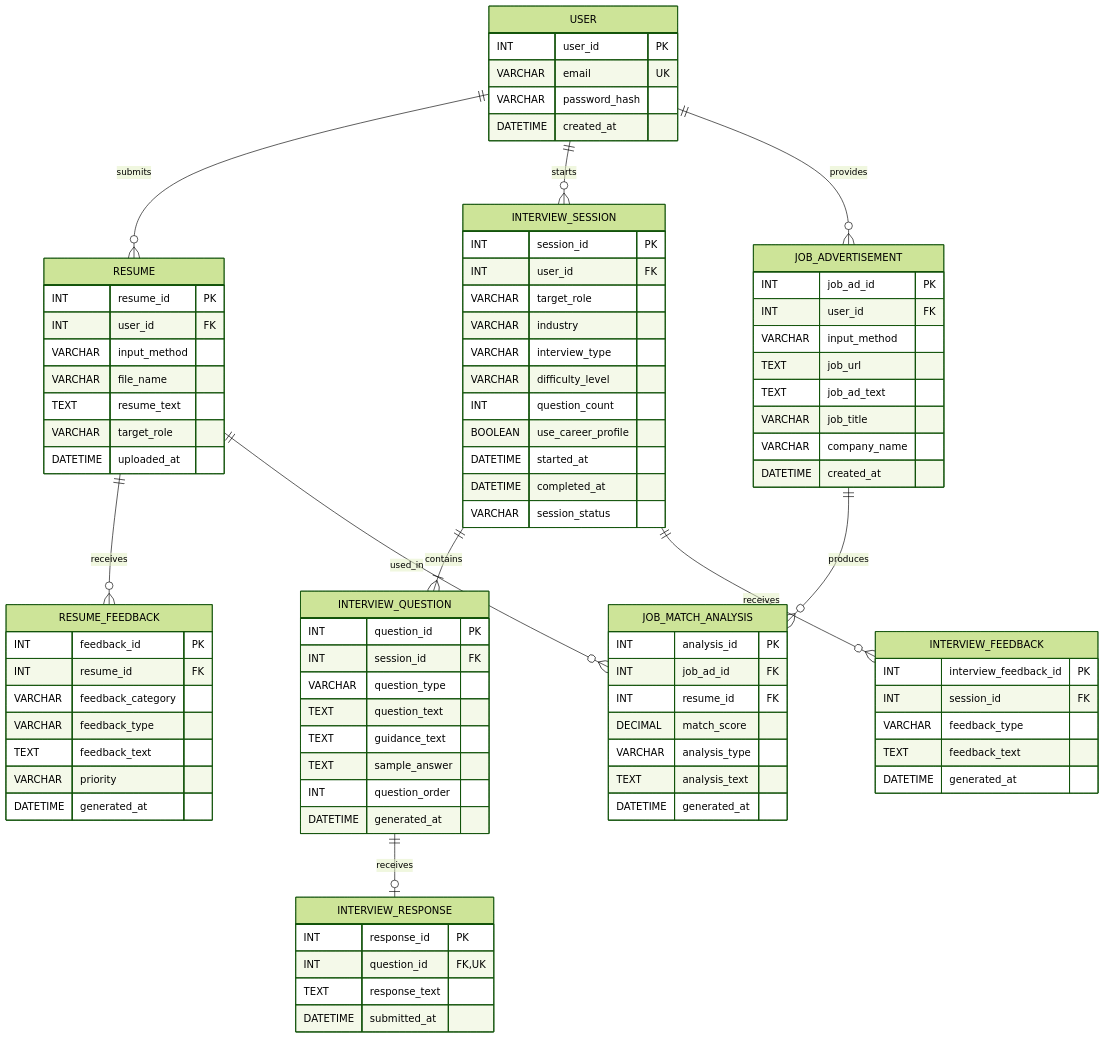
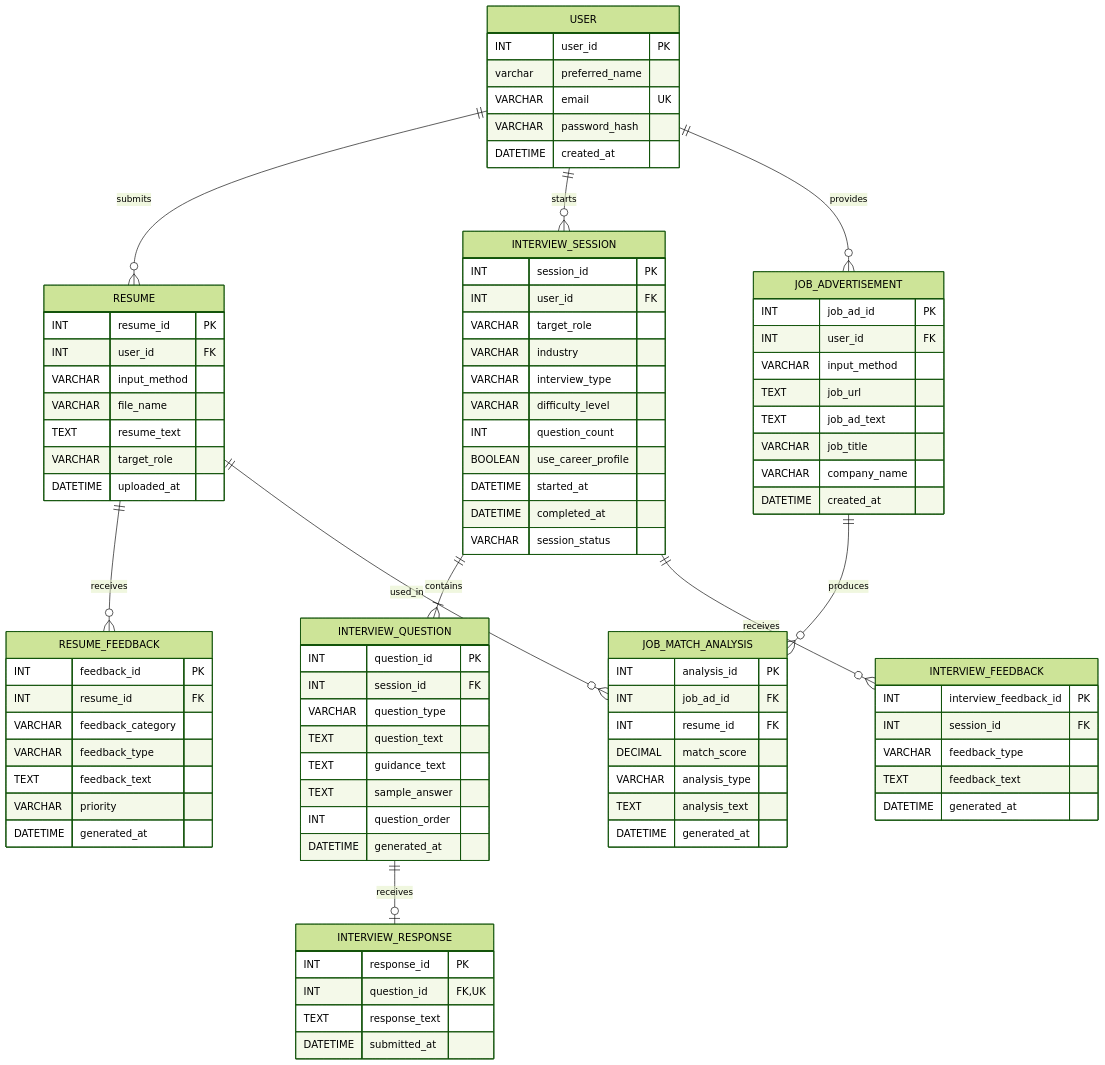
One commit to bishal-parajuli/AI-Career-Readiness-Assistant-For-International-Students-in-Australia changed the diagram in docs/erd.md. Above: the diagram before and after it, drawn with Mermaid (forest theme). The commit also changed 7 other files, not shown here.

```diff
--- a/docs/erd.md
+++ b/docs/erd.md
@@ -8,6 +8,7 @@
 
     USER {
         INT user_id PK
+         varchar preferred_name
         VARCHAR email UK
         VARCHAR password_hash
         DATETIME created_at
```
